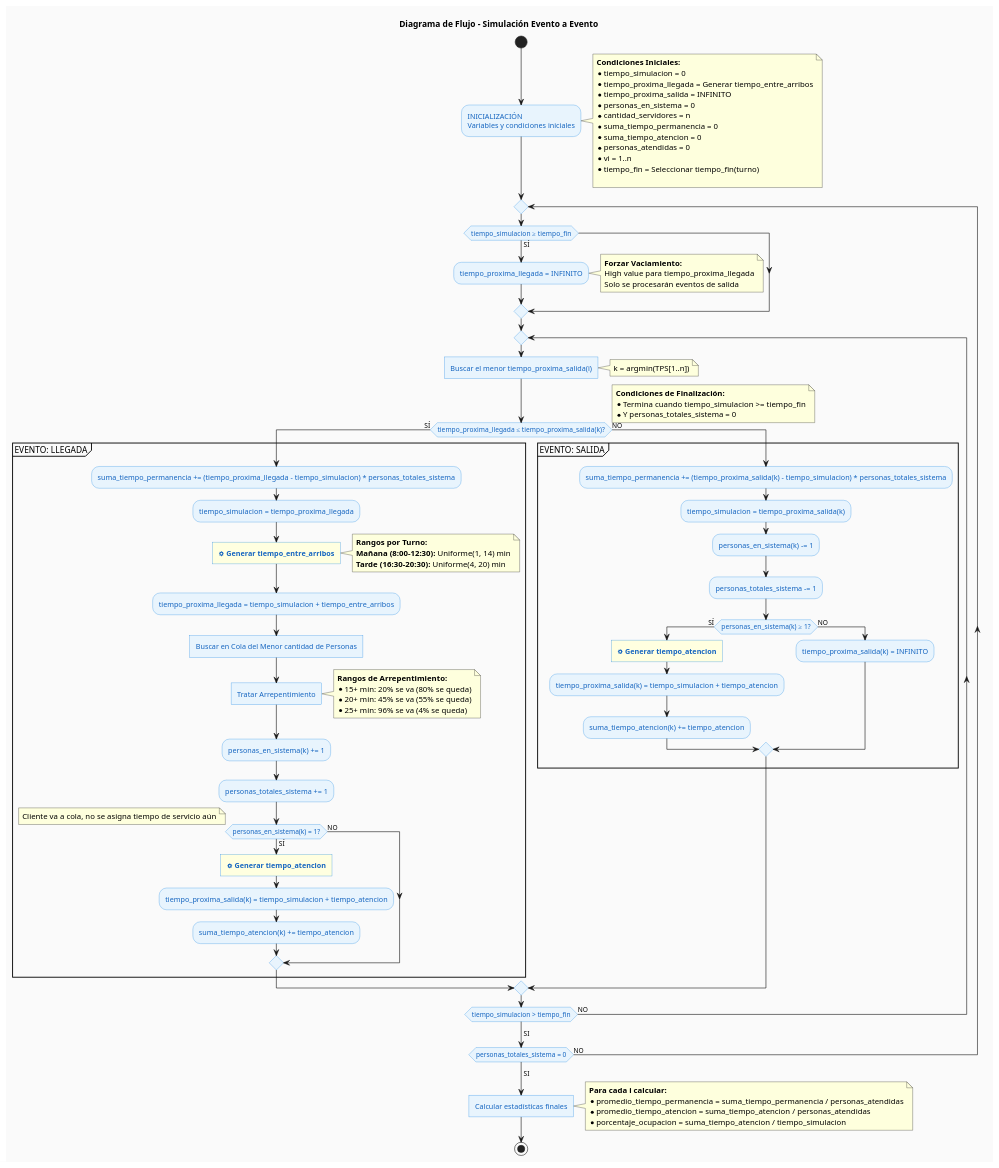
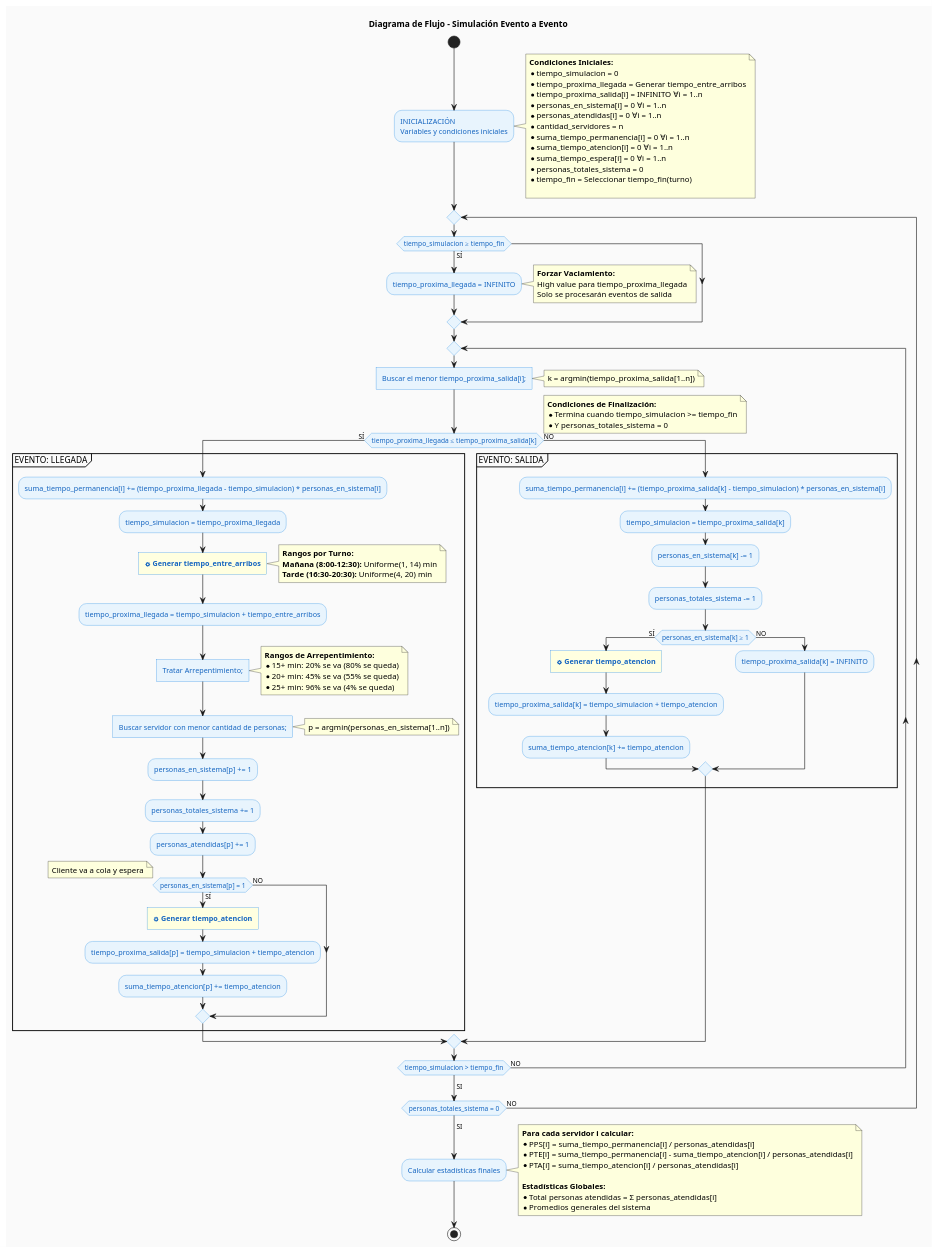
The diagram in diagrama_flujo_mejorado.puml (Luc4sG/trabajoPracticoSimulacion), drawn with PlantUML before and after one commit. The commit also changed 1 other file, not shown here.

Commit message:
fix: diagrama e implementacion de la simulacion

```diff
--- a/diagrama_flujo_mejorado.puml
+++ b/diagrama_flujo_mejorado.puml
@@ -1,134 +1,143 @@
 @startuml Simulacion_Flujo_Mejorado
 
 title Diagrama de Flujo - Simulación Evento a Evento
 skinparam backgroundColor #FAFAFA
 skinparam activity {
   BackgroundColor #E8F4FD
   BorderColor #1E88E5
   FontColor #1565C0
 }
 skinparam decision {
   BackgroundColor #FFF3E0
   BorderColor #FB8C00
   FontColor #EF6C00
 }
 
 start
 
 :INICIALIZACIÓN
 Variables y condiciones iniciales;
 
 note right
   **Condiciones Iniciales:**
   * tiempo_simulacion = 0
   * tiempo_proxima_llegada = Generar tiempo_entre_arribos
-  * tiempo_proxima_salida = INFINITO
-  * personas_en_sistema = 0
+  * tiempo_proxima_salida[i] = INFINITO ∀i = 1..n
+  * personas_en_sistema[i] = 0 ∀i = 1..n
+  * personas_atendidas[i] = 0 ∀i = 1..n                   
   * cantidad_servidores = n
-  * suma_tiempo_permanencia = 0
-  * suma_tiempo_atencion = 0
-  * personas_atendidas = 0
-  * vi = 1..n
+  * suma_tiempo_permanencia[i] = 0 ∀i = 1..n
+  * suma_tiempo_atencion[i] = 0 ∀i = 1..n
+  * suma_tiempo_espera[i] = 0 ∀i = 1..n
+  * personas_totales_sistema = 0
   * tiempo_fin = Seleccionar tiempo_fin(turno)
 
 end note
 
 repeat
 
     if (tiempo_simulacion ≥ tiempo_fin) then (SÍ)
             :tiempo_proxima_llegada = INFINITO;
             
             note right
                 **Forzar Vaciamiento:**
                 High value para tiempo_proxima_llegada
                 Solo se procesarán eventos de salida
             end note
     endif
 
     repeat
 
-    :Buscar el menor tiempo_proxima_salida(i)]
+    :Buscar el menor tiempo_proxima_salida[i];]
     
-    note right: k = argmin(TPS[1..n])
+    note right: k = argmin(tiempo_proxima_salida[1..n])
     
-    if (tiempo_proxima_llegada ≤ tiempo_proxima_salida(k)?) then (SÍ)
+    if (tiempo_proxima_llegada ≤ tiempo_proxima_salida[k]) then (SÍ)
         
         group EVENTO: LLEGADA
-        :suma_tiempo_permanencia += (tiempo_proxima_llegada - tiempo_simulacion) * personas_totales_sistema;
+        :suma_tiempo_permanencia[i] += (tiempo_proxima_llegada - tiempo_simulacion) * personas_en_sistema[i];
         :tiempo_simulacion = tiempo_proxima_llegada;
         
         #LightYellow:<&cog> **Generar tiempo_entre_arribos**]
         
         note right
             **Rangos por Turno:**
             **Mañana (8:00-12:30):** Uniforme(1, 14) min
             **Tarde (16:30-20:30):** Uniforme(4, 20) min  
         end note
         
         :tiempo_proxima_llegada = tiempo_simulacion + tiempo_entre_arribos;
         
-        :Buscar en Cola del Menor cantidad de Personas]
-        :Tratar Arrepentimiento]
+        :Tratar Arrepentimiento;]
         
         note right
             **Rangos de Arrepentimiento:**
             * 15+ min: 20% se va (80% se queda)
             * 20+ min: 45% se va (55% se queda)
             * 25+ min: 96% se va (4% se queda)
         end note
         
-        :personas_en_sistema(k) += 1;
+        :Buscar servidor con menor cantidad de personas;]
+        
+        note right: p = argmin(personas_en_sistema[1..n])
+        
+        :personas_en_sistema[p] += 1;
         :personas_totales_sistema += 1;
+        :personas_atendidas[p] += 1;
         
-        if (personas_en_sistema(k) = 1?) then (SÍ)
+        if (personas_en_sistema[p] = 1) then (SÍ)
             #LightYellow:<&cog> **Generar tiempo_atencion**]
-            :tiempo_proxima_salida(k) = tiempo_simulacion + tiempo_atencion;
-            :suma_tiempo_atencion(k) += tiempo_atencion;
+            :tiempo_proxima_salida[p] = tiempo_simulacion + tiempo_atencion;
+            :suma_tiempo_atencion[p] += tiempo_atencion;
         else (NO)
-            note right: Cliente va a cola, no se asigna tiempo de servicio aún
+            note right: Cliente va a cola y espera
         endif
         end group
         
     else (NO)
         
         group EVENTO: SALIDA
-        :suma_tiempo_permanencia += (tiempo_proxima_salida(k) - tiempo_simulacion) * personas_totales_sistema;
-        :tiempo_simulacion = tiempo_proxima_salida(k);
-        :personas_en_sistema(k) -= 1;
+        :suma_tiempo_permanencia[i] += (tiempo_proxima_salida[k] - tiempo_simulacion) * personas_en_sistema[i];
+        :tiempo_simulacion = tiempo_proxima_salida[k];
+        :personas_en_sistema[k] -= 1;
         :personas_totales_sistema -= 1;
         
-        if (personas_en_sistema(k) ≥ 1?) then (SÍ)
+        if (personas_en_sistema[k] ≥ 1) then (SÍ)
             #LightYellow:<&cog> **Generar tiempo_atencion**]
-            :tiempo_proxima_salida(k) = tiempo_simulacion + tiempo_atencion;
-            :suma_tiempo_atencion(k) += tiempo_atencion;
+            :tiempo_proxima_salida[k] = tiempo_simulacion + tiempo_atencion;
+            :suma_tiempo_atencion[k] += tiempo_atencion;
         else (NO)
-            :tiempo_proxima_salida(k) = INFINITO;
+            :tiempo_proxima_salida[k] = INFINITO;
         endif
         end group
         
     endif
 
     repeat while (tiempo_simulacion > tiempo_fin) is (NO)
     -> SI;
 
 repeat while (personas_totales_sistema = 0) is (NO)
 -> SI;
 
 note right
   **Condiciones de Finalización:**
   * Termina cuando tiempo_simulacion >= tiempo_fin
   * Y personas_totales_sistema = 0
 end note
 
-:Calcular estadísticas finales]
+:Calcular estadísticas finales;
 
 note right
-  **Para cada i calcular:**
-  * promedio_tiempo_permanencia = suma_tiempo_permanencia / personas_atendidas
-  * promedio_tiempo_atencion = suma_tiempo_atencion / personas_atendidas
-  * porcentaje_ocupacion = suma_tiempo_atencion / tiempo_simulacion
+  **Para cada servidor i calcular:**
+  * PPS[i] = suma_tiempo_permanencia[i] / personas_atendidas[i]
+  * PTE[i] = suma_tiempo_permanencia[i] - suma_tiempo_atencion[i] / personas_atendidas[i]
+  * PTA[i] = suma_tiempo_atencion[i] / personas_atendidas[i]
+  
+  **Estadísticas Globales:**
+  * Total personas atendidas = Σ personas_atendidas[i]
+  * Promedios generales del sistema
 end note
 
 stop
 
 @enduml 
```
